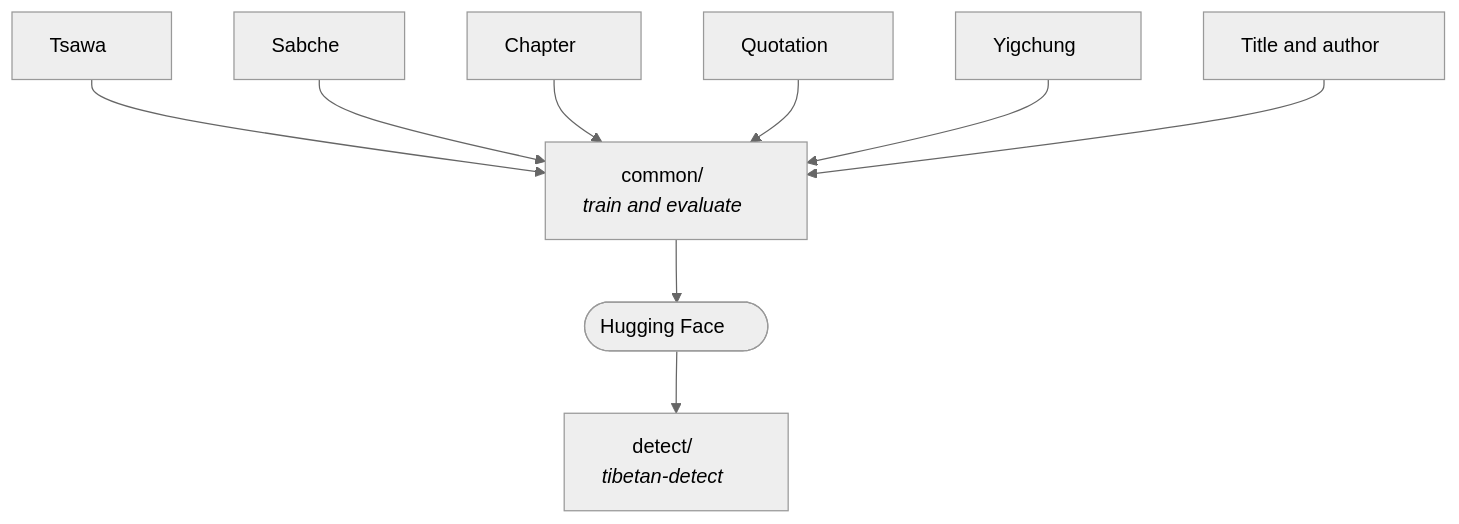
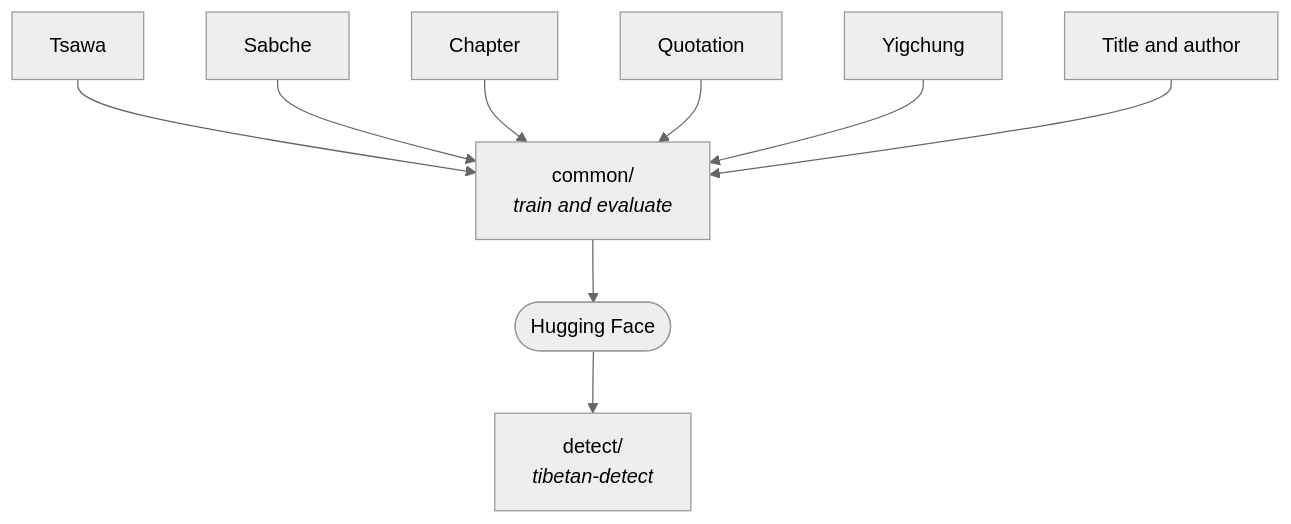
Before and after one commit to tenzinyonten/tibetan-layer-detection: the diagram in README.md, drawn with Mermaid (neutral theme). The commit also changed 8 other files, not shown here.

Commit message:
Flowcharts: draw labels as SVG text instead of HTML, drop padding

````diff
--- a/README.md
+++ b/README.md
@@ -10,11 +10,12 @@
 ```mermaid
+%%{init: {"flowchart": {"htmlLabels": false}}}%%
 flowchart TD
-  L1["Tsawa&nbsp;&nbsp;&nbsp;&nbsp;&nbsp;"] --> C
-  L2["Sabche&nbsp;&nbsp;&nbsp;&nbsp;&nbsp;"] --> C
-  L3["Chapter&nbsp;&nbsp;&nbsp;&nbsp;&nbsp;"] --> C
-  L4["Quotation&nbsp;&nbsp;&nbsp;&nbsp;&nbsp;"] --> C
-  L5["Yigchung&nbsp;&nbsp;&nbsp;&nbsp;&nbsp;"] --> C
-  L6["Title and author&nbsp;&nbsp;&nbsp;&nbsp;&nbsp;"] --> C
-  C["common/&nbsp;&nbsp;&nbsp;&nbsp;&nbsp;<br/><i>train and evaluate&nbsp;&nbsp;&nbsp;&nbsp;&nbsp;</i>"] --> H(["Hugging Face&nbsp;&nbsp;&nbsp;&nbsp;&nbsp;"])
-  H --> D["detect/&nbsp;&nbsp;&nbsp;&nbsp;&nbsp;<br/><i>tibetan-detect&nbsp;&nbsp;&nbsp;&nbsp;&nbsp;</i>"]
+  L1["Tsawa"] --> C
+  L2["Sabche"] --> C
+  L3["Chapter"] --> C
+  L4["Quotation"] --> C
+  L5["Yigchung"] --> C
+  L6["Title and author"] --> C
+  C["common/<br/><i>train and evaluate</i>"] --> H(["Hugging Face"])
+  H --> D["detect/<br/><i>tibetan-detect</i>"]
 ```
````
